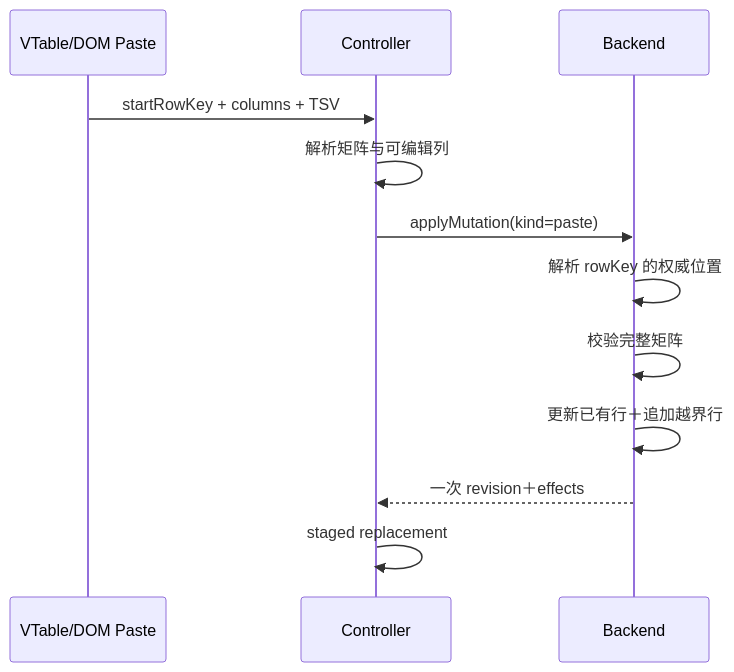
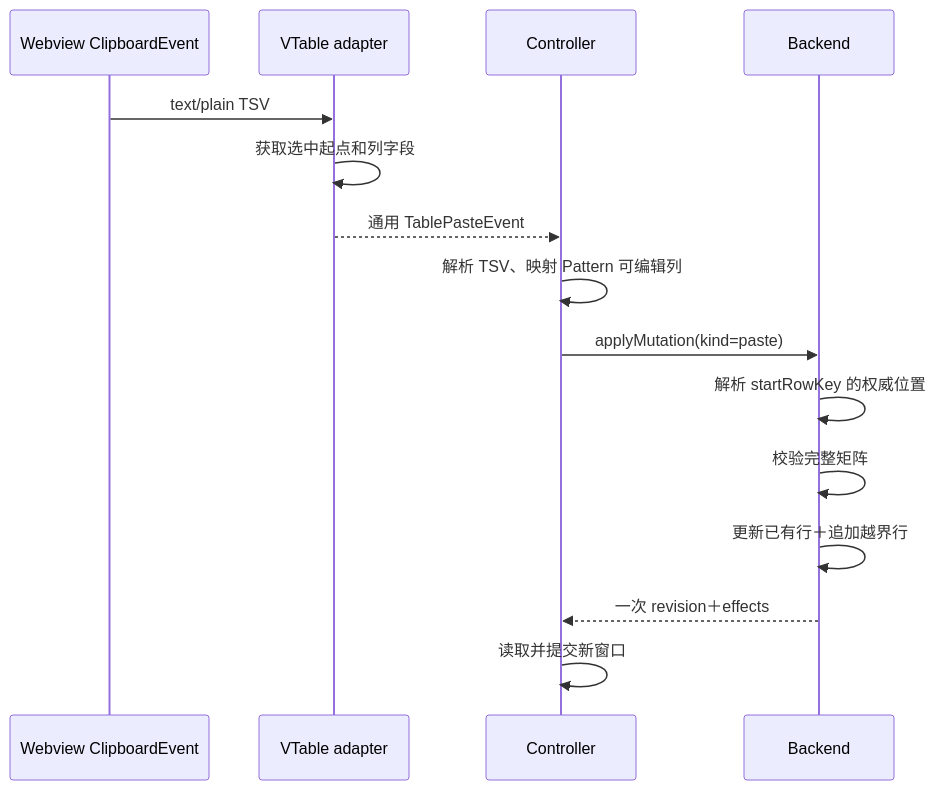
One commit to a306796405/huge-vtable changed the seventh of 12 diagrams in docs/v22-lite-markdown-technical-solution.md. Above: the diagram before and after it, drawn with Mermaid. The commit also changed other lines of this file and 2 other files, not shown here.

Commit message:
docs: rewrite pattern large data technical solution

````diff
--- a/docs/v22-lite-markdown-technical-solution.md
+++ b/docs/v22-lite-markdown-technical-solution.md
@@ -240,15 +547,18 @@
 ```mermaid
 sequenceDiagram
-    participant V as VTable/DOM Paste
+    participant DOM as Webview ClipboardEvent
+    participant A as VTable adapter
     participant C as Controller
     participant B as Backend
 
-    V->>C: startRowKey + columns + TSV
-    C->>C: 解析矩阵与可编辑列
+    DOM->>A: text/plain TSV
+    A->>A: 获取选中起点和列字段
+    A-->>C: 通用 TablePasteEvent
+    C->>C: 解析 TSV、映射 Pattern 可编辑列
     C->>B: applyMutation(kind=paste)
-    B->>B: 解析 rowKey 的权威位置
+    B->>B: 解析 startRowKey 的权威位置
     B->>B: 校验完整矩阵
     B->>B: 更新已有行＋追加越界行
     B-->>C: 一次 revision＋effects
-    C->>C: staged replacement
+    C->>C: 读取并提交新窗口
 ```
````
